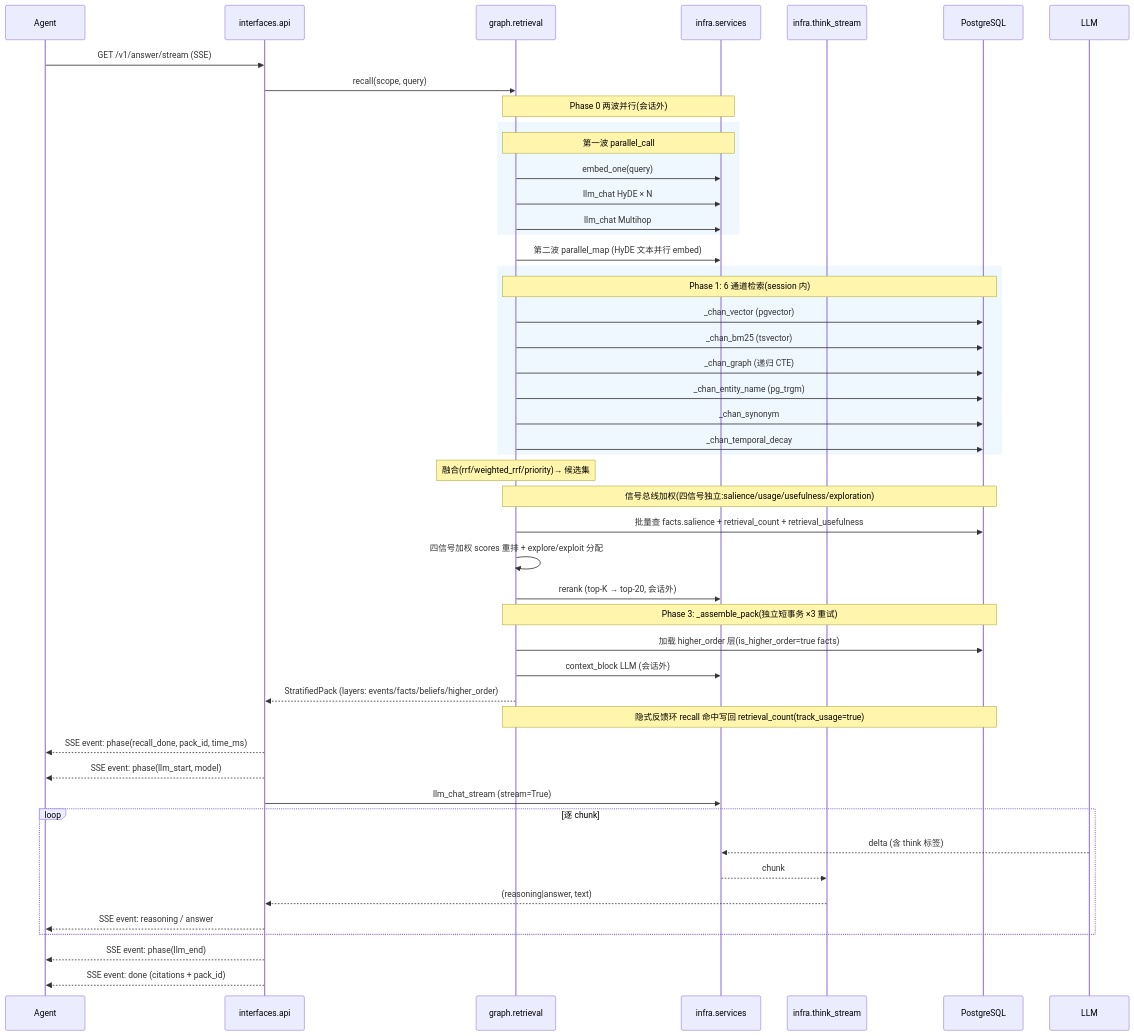
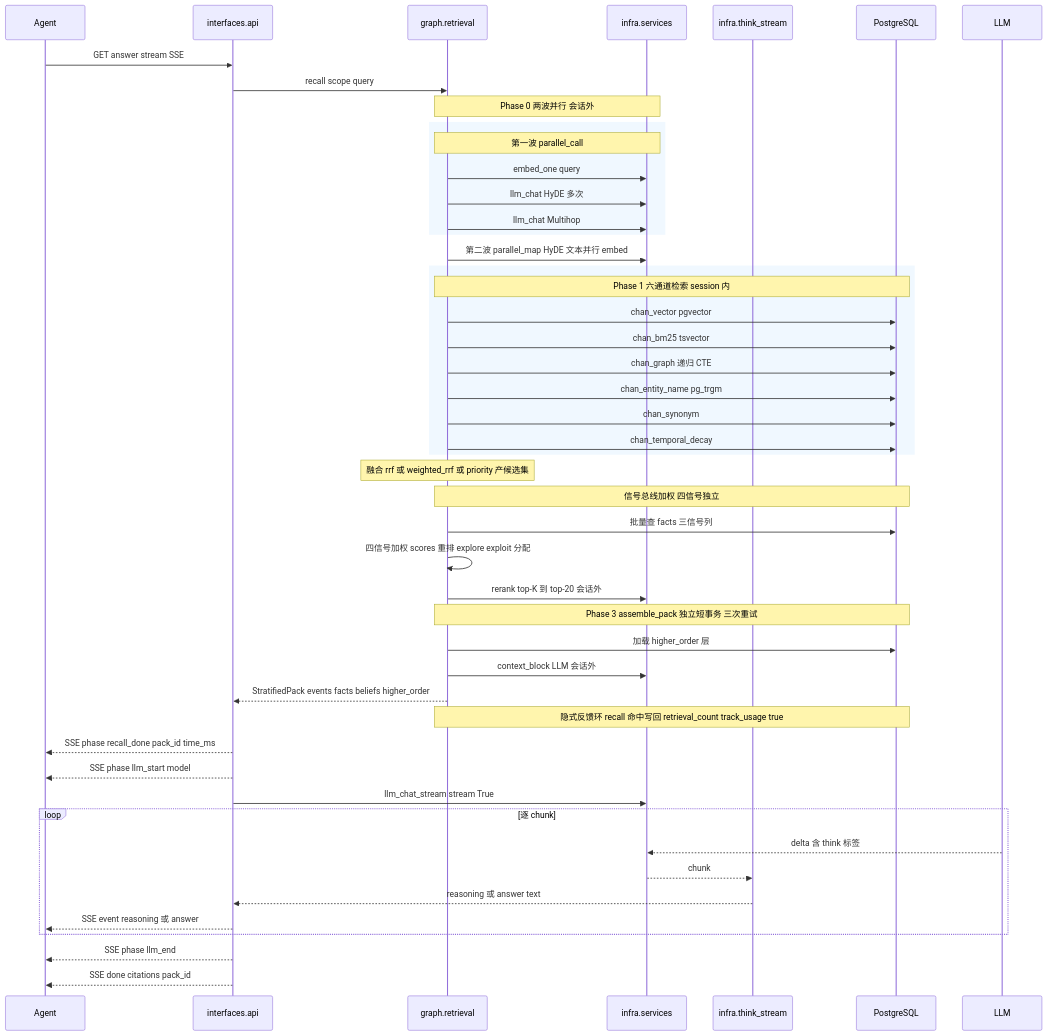
One commit to pty819/cortex-py-book changed the eighth of 11 diagrams in source/chapters/23-architecture-diagrams.md. Above: the diagram before and after it, drawn with Mermaid.

Commit message:
fix(book): ch23 场景二时序图彻底清理 mermaid 非法字符
上次只改两行没修干净,mermaid 11.16 仍报 syntax error。sequenceDiagram
消息文本对特殊字符敏感,本次整体清理全图:去掉所有冒号(语法符)、斜杠、
箭头→、竖线|、×、点号下标(.xxx),消息改为纯中文+空格分隔。
sphinx-build 确认 build succeeded 无 mermaid 错误。

````diff
--- a/source/chapters/23-architecture-diagrams.md
+++ b/source/chapters/23-architecture-diagrams.md
@@ -446,52 +446,52 @@
 ```{mermaid}
 sequenceDiagram
     participant A as Agent
     participant API as interfaces.api
     participant RET as graph.retrieval
     participant SVC as infra.services
     participant TS as infra.think_stream
     participant DB as PostgreSQL
     participant LLM as LLM
 
-    A->>API: GET /v1/answer/stream (SSE)
-    API->>RET: recall(scope, query)
-    Note over RET,SVC: Phase 0 两波并行(会话外)
+    A->>API: GET answer stream SSE
+    API->>RET: recall scope query
+    Note over RET,SVC: Phase 0 两波并行 会话外
     rect rgb(240,248,255)
         Note over RET,SVC: 第一波 parallel_call
-        RET->>SVC: embed_one(query)
-        RET->>SVC: llm_chat HyDE × N
+        RET->>SVC: embed_one query
+        RET->>SVC: llm_chat HyDE 多次
         RET->>SVC: llm_chat Multihop
     end
-    RET->>SVC: 第二波 parallel_map (HyDE 文本并行 embed)
+    RET->>SVC: 第二波 parallel_map HyDE 文本并行 embed
     rect rgb(240,248,255)
-        Note over RET,DB: Phase 1: 6 通道检索(session 内)
-        RET->>DB: _chan_vector (pgvector)
-        RET->>DB: _chan_bm25 (tsvector)
-        RET->>DB: _chan_graph (递归 CTE)
-        RET->>DB: _chan_entity_name (pg_trgm)
-        RET->>DB: _chan_synonym
-        RET->>DB: _chan_temporal_decay
+        Note over RET,DB: Phase 1 六通道检索 session 内
+        RET->>DB: chan_vector pgvector
+        RET->>DB: chan_bm25 tsvector
+        RET->>DB: chan_graph 递归 CTE
+        RET->>DB: chan_entity_name pg_trgm
+        RET->>DB: chan_synonym
+        RET->>DB: chan_temporal_decay
     end
-    Note over RET: 融合(rrf/weighted_rrf/priority)→ 候选集
-    Note over RET,DB: 信号总线加权(四信号独立:salience/usage/usefulness/exploration)
-    RET->>DB: 批量查 facts.salience + retrieval_count + retrieval_usefulness
-    RET->>RET: 四信号加权 scores 重排 + explore/exploit 分配
-    RET->>SVC: rerank (top-K → top-20, 会话外)
-    Note over RET,DB: Phase 3: _assemble_pack(独立短事务 ×3 重试)
-    RET->>DB: 加载 higher_order 层(is_higher_order=true facts)
-    RET->>SVC: context_block LLM (会话外)
-    RET-->>API: StratifiedPack (layers: events/facts/beliefs/higher_order)
-    Note over RET,DB: 隐式反馈环 recall 命中写回 retrieval_count(track_usage=true)
+    Note over RET: 融合 rrf 或 weighted_rrf 或 priority 产候选集
+    Note over RET,DB: 信号总线加权 四信号独立
+    RET->>DB: 批量查 facts 三信号列
+    RET->>RET: 四信号加权 scores 重排 explore exploit 分配
+    RET->>SVC: rerank top-K 到 top-20 会话外
+    Note over RET,DB: Phase 3 assemble_pack 独立短事务 三次重试
+    RET->>DB: 加载 higher_order 层
+    RET->>SVC: context_block LLM 会话外
+    RET-->>API: StratifiedPack events facts beliefs higher_order
+    Note over RET,DB: 隐式反馈环 recall 命中写回 retrieval_count track_usage true
 
-    API-->>A: SSE event: phase(recall_done, pack_id, time_ms)
-    API-->>A: SSE event: phase(llm_start, model)
-    API->>SVC: llm_chat_stream (stream=True)
+    API-->>A: SSE phase recall_done pack_id time_ms
+    API-->>A: SSE phase llm_start model
+    API->>SVC: llm_chat_stream stream True
     loop 逐 chunk
-        LLM-->>SVC: delta (含 think 标签)
+        LLM-->>SVC: delta 含 think 标签
         SVC-->>TS: chunk
-        TS-->>API: (reasoning|answer, text)
-        API-->>A: SSE event: reasoning / answer
+        TS-->>API: reasoning 或 answer text
+        API-->>A: SSE event reasoning 或 answer
     end
-    API-->>A: SSE event: phase(llm_end)
-    API-->>A: SSE event: done (citations + pack_id)
+    API-->>A: SSE phase llm_end
+    API-->>A: SSE done citations pack_id
 ```
````
